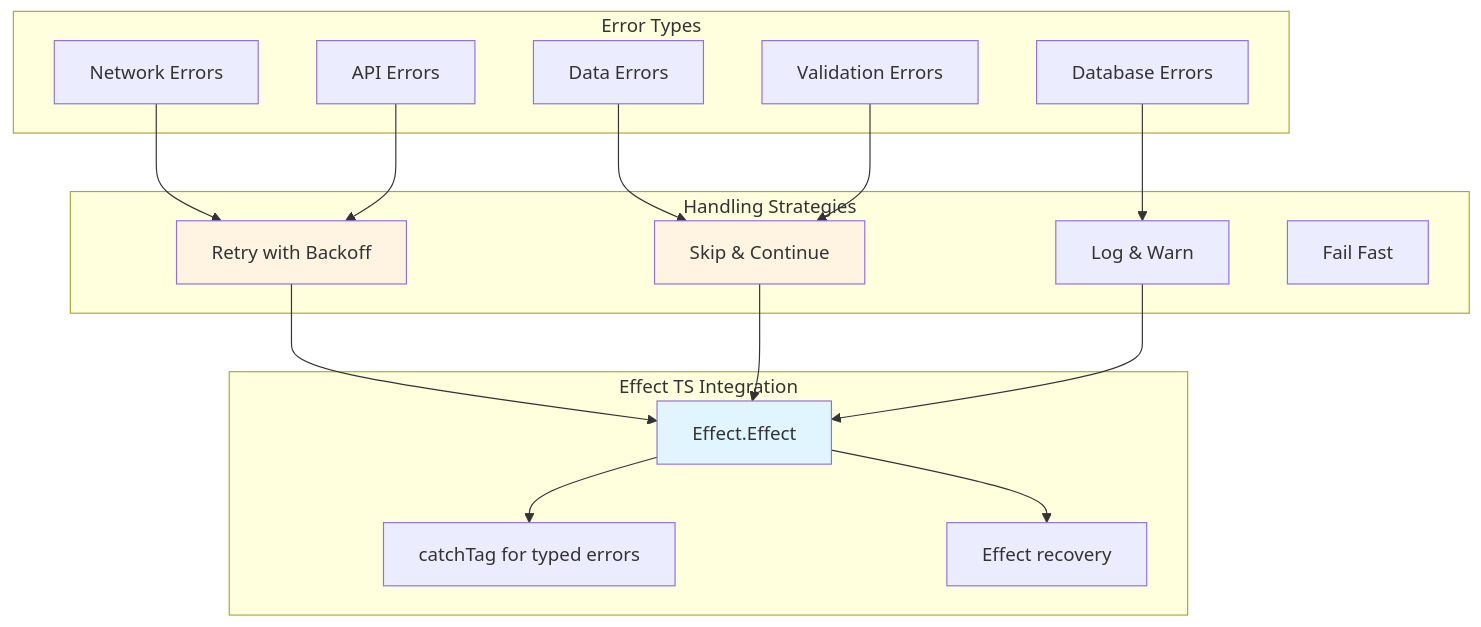
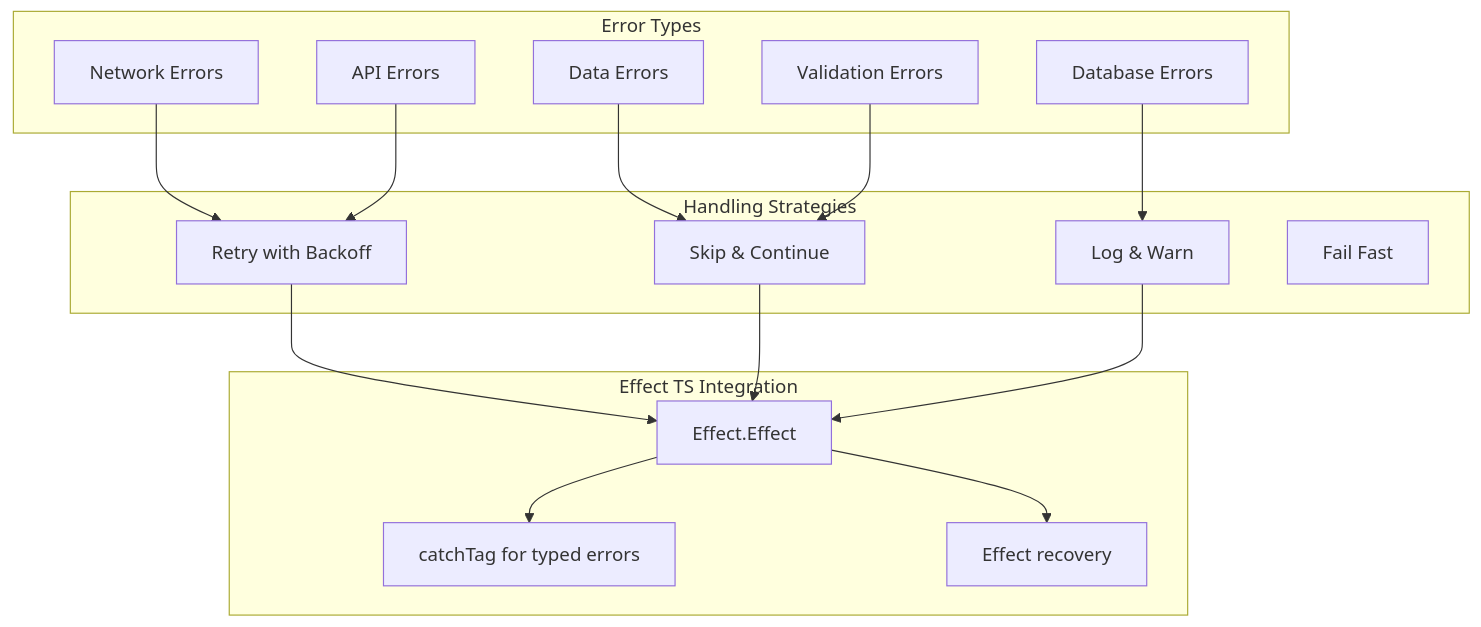
One commit to DaxServer/geocode-commons-categories changed the first of 19 diagrams in docs/import/error-handling.md. Above: the diagram before and after it, drawn with Mermaid. The commit also changed other lines of this file and 5 other files, not shown here.

````diff
--- a/docs/import/error-handling.md
+++ b/docs/import/error-handling.md
@@ -7,40 +7,37 @@
 ```mermaid
 graph TB
     subgraph "Error Types"
         NET[Network Errors]
         API[API Errors]
         DATA[Data Errors]
         DB[Database Errors]
         VALID[Validation Errors]
     end
 
     subgraph "Handling Strategies"
         RETRY[Retry with Backoff]
         SKIP[Skip & Continue]
         LOG[Log & Warn]
         FAIL[Fail Fast]
     end
 
     subgraph "Effect TS Integration"
         EFFECT[Effect.Effect<T, E>]
         CATCH[catchTag for typed errors]
         RECOVER[Effect recovery]
     end
 
     NET --> RETRY
     API --> RETRY
     DATA --> SKIP
     DB --> LOG
     VALID --> SKIP
 
     RETRY --> EFFECT
     SKIP --> EFFECT
     LOG --> EFFECT
 
     EFFECT --> CATCH
     EFFECT --> RECOVER
 
-    style EFFECT fill:#e1f5ff
-    style RETRY fill:#fff4e1
-    style SKIP fill:#fff4e1
 ```
````
